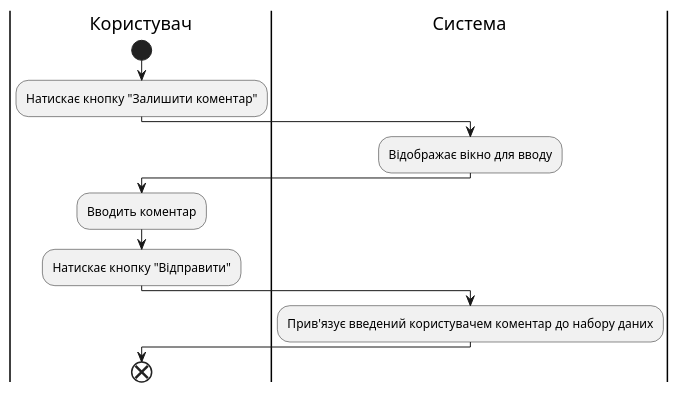
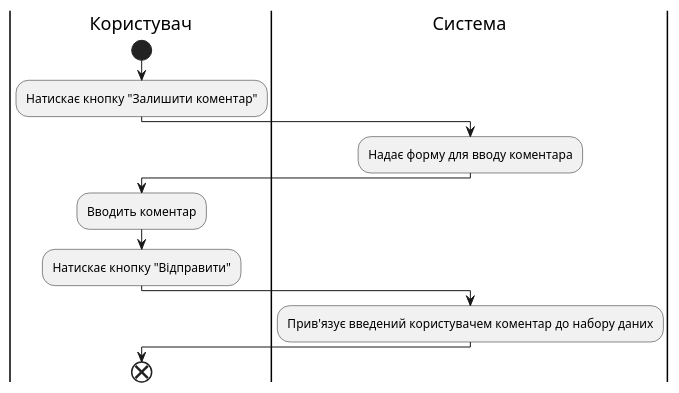
One commit to anrikolo/obd changed the diagram in src/uml/UC4.puml. Above: the diagram before and after it, drawn with PlantUML.

```diff
--- a/src/uml/UC4.puml
+++ b/src/uml/UC4.puml
@@ -1,16 +1,16 @@
 @startuml
 
     |Користувач|
     start
     :Натискає кнопку "Залишити коментар";
     |Система|
-    :Відображає вікно для вводу;
+    :Надає форму для вводу коментара;
     |Користувач|
     :Вводить коментар;
     |Користувач|
     :Натискає кнопку "Відправити";
     |Система|
     :Прив'язує введений користувачем коментар до набору даних;
         |Користувач|
     end;
 @enduml
```
